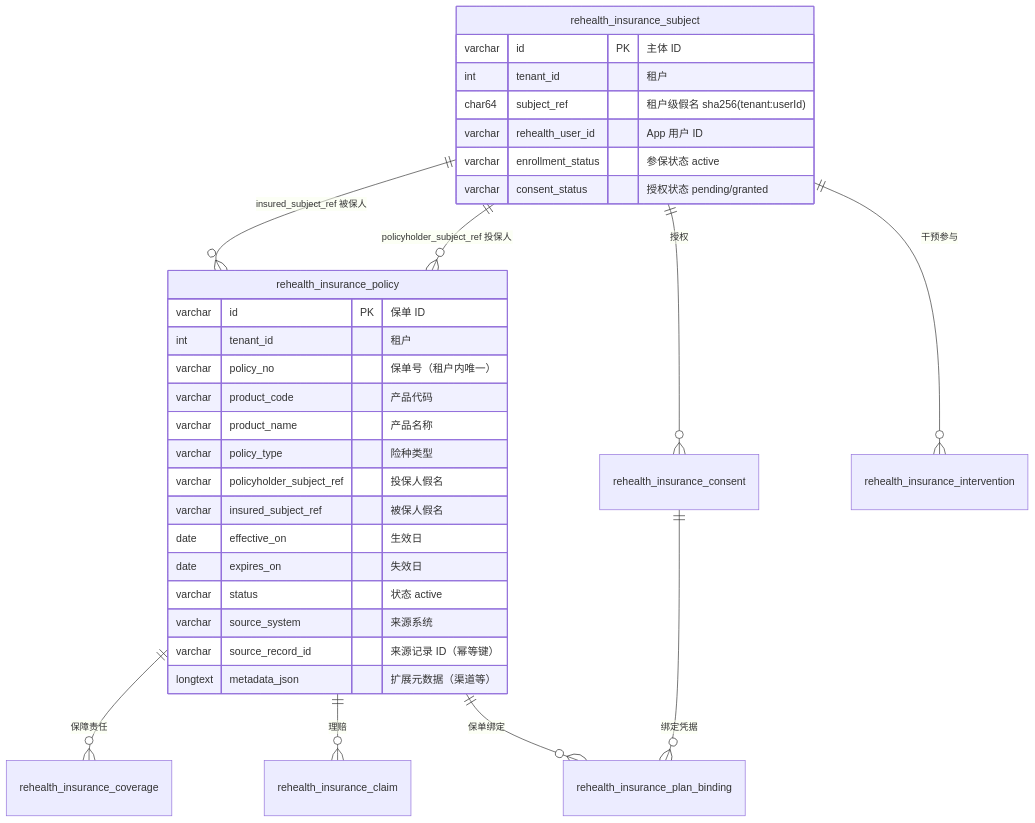
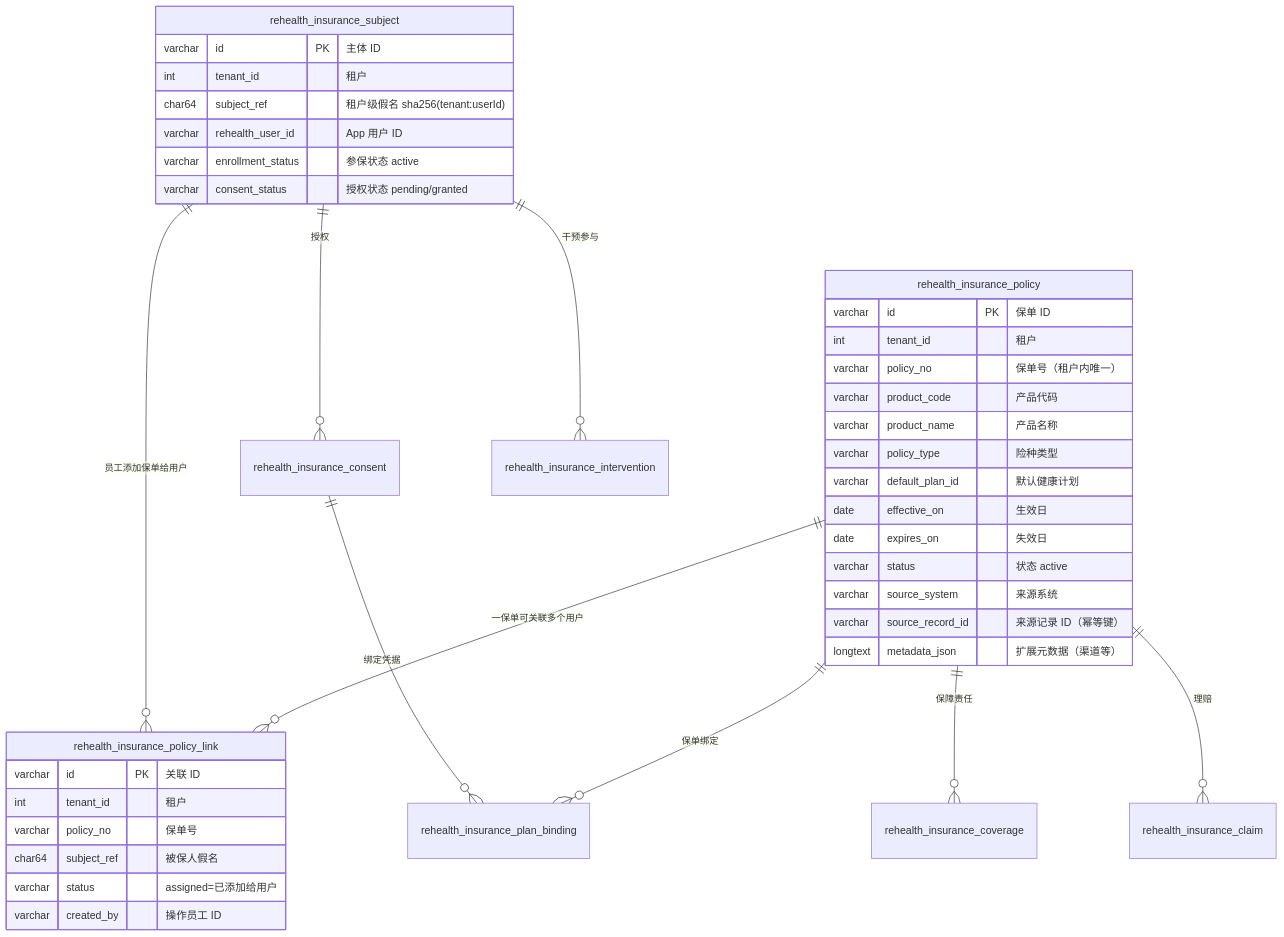
Before and after one commit to wjmlong/rehealth_tongbu: the first of 5 diagrams in docs/保险侧保单数据设计.md, drawn with Mermaid. The commit also changed other lines of this file and 19 other files, not shown here.

````diff
--- a/docs/保险侧保单数据设计.md
+++ b/docs/保险侧保单数据设计.md
@@ -10,36 +10,43 @@
 ```mermaid
 erDiagram
-    rehealth_insurance_subject ||--o{ rehealth_insurance_policy : "insured_subject_ref 被保人"
-    rehealth_insurance_subject ||--o{ rehealth_insurance_policy : "policyholder_subject_ref 投保人"
+    rehealth_insurance_subject ||--o{ rehealth_insurance_policy_link : "员工添加保单给用户"
+    rehealth_insurance_policy ||--o{ rehealth_insurance_policy_link : "一保单可关联多个用户"
     rehealth_insurance_policy ||--o{ rehealth_insurance_coverage : "保障责任"
     rehealth_insurance_policy ||--o{ rehealth_insurance_claim : "理赔"
     rehealth_insurance_subject ||--o{ rehealth_insurance_consent : "授权"
     rehealth_insurance_consent ||--o{ rehealth_insurance_plan_binding : "绑定凭据"
     rehealth_insurance_policy ||--o{ rehealth_insurance_plan_binding : "保单绑定"
     rehealth_insurance_subject ||--o{ rehealth_insurance_intervention : "干预参与"
 
     rehealth_insurance_subject {
         varchar id PK "主体 ID"
         int tenant_id "租户"
         char64 subject_ref "租户级假名 sha256(tenant:userId)"
         varchar rehealth_user_id "App 用户 ID"
         varchar enrollment_status "参保状态 active"
         varchar consent_status "授权状态 pending/granted"
     }
     rehealth_insurance_policy {
         varchar id PK "保单 ID"
         int tenant_id "租户"
         varchar policy_no "保单号（租户内唯一）"
         varchar product_code "产品代码"
         varchar product_name "产品名称"
         varchar policy_type "险种类型"
-        varchar policyholder_subject_ref "投保人假名"
-        varchar insured_subject_ref "被保人假名"
+        varchar default_plan_id "默认健康计划"
         date effective_on "生效日"
         date expires_on "失效日"
         varchar status "状态 active"
         varchar source_system "来源系统"
         varchar source_record_id "来源记录 ID（幂等键）"
         longtext metadata_json "扩展元数据（渠道等）"
     }
+    rehealth_insurance_policy_link {
+        varchar id PK "关联 ID"
+        int tenant_id "租户"
+        varchar policy_no "保单号"
+        char64 subject_ref "被保人假名"
+        varchar status "assigned=已添加给用户"
+        varchar created_by "操作员工 ID"
+    }
 ```
````
